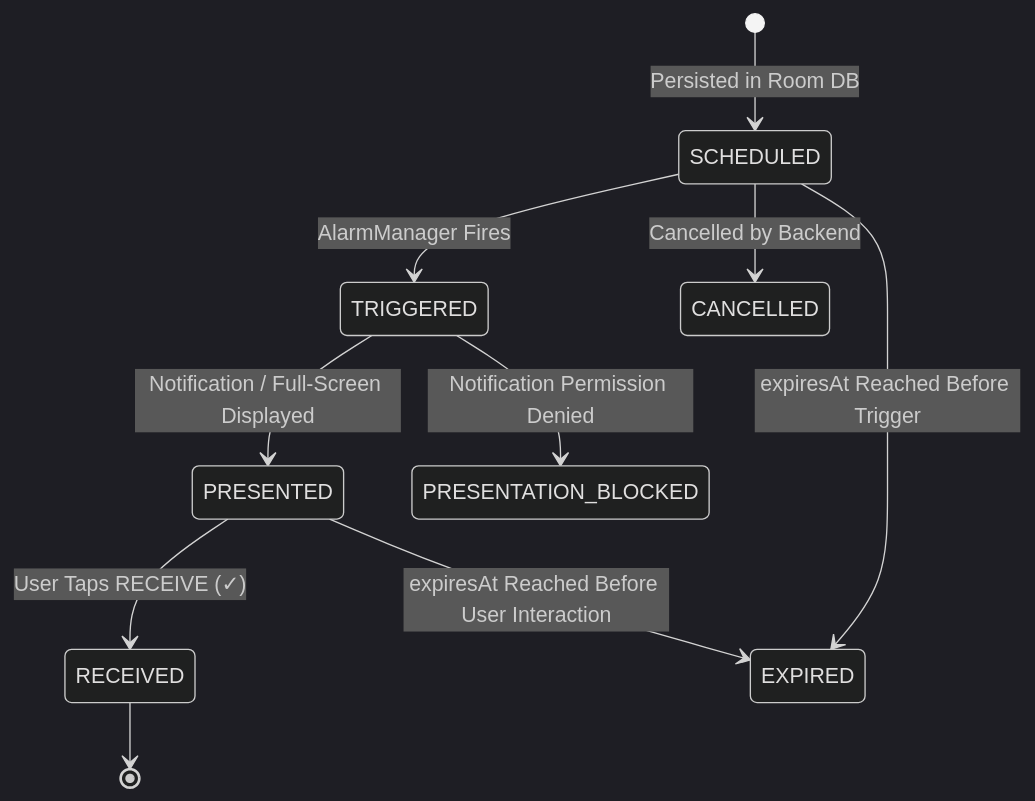
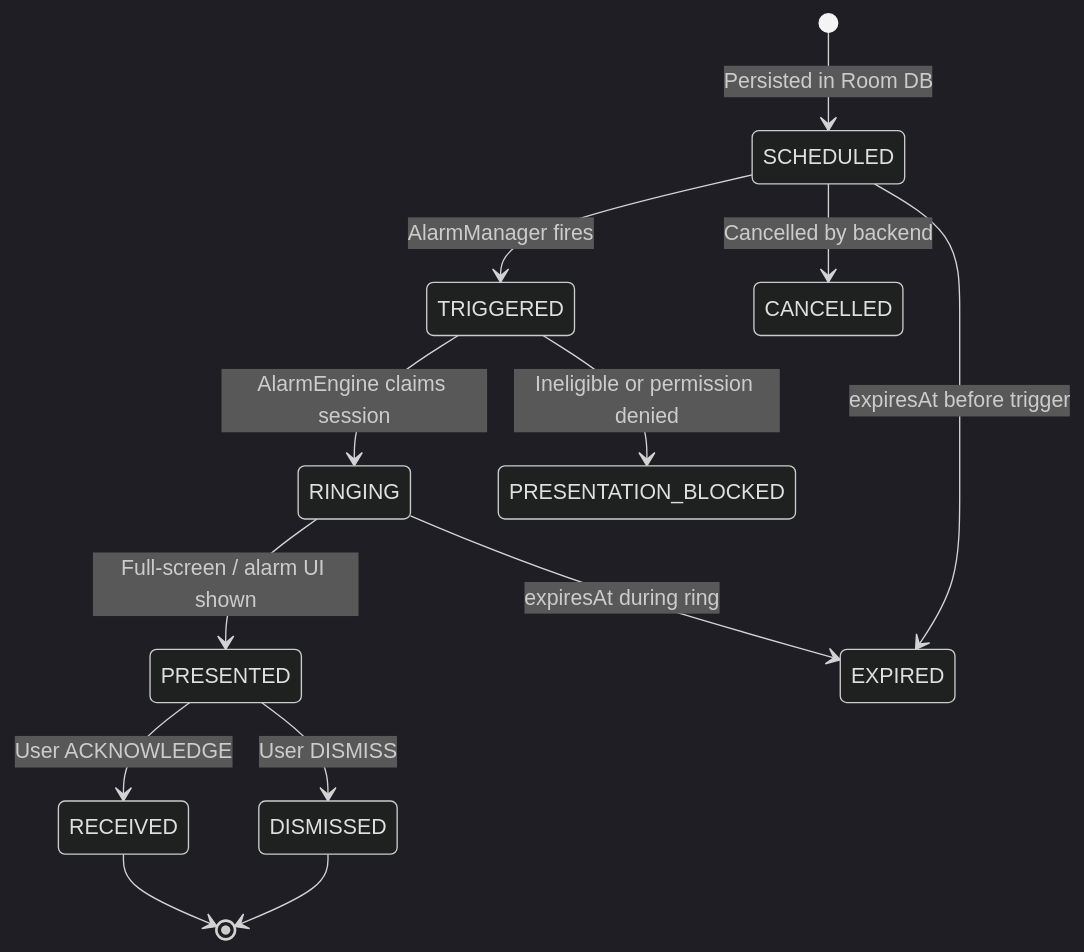
Before and after one commit to jasim-sct/web-builder-platform: the first of 2 diagrams in native-app/EVENT_STATE_MACHINE.md, drawn with Mermaid (dark theme). The commit also changed other lines of this file and 159 other files, not shown here.

````diff
--- a/native-app/EVENT_STATE_MACHINE.md
+++ b/native-app/EVENT_STATE_MACHINE.md
@@ -11,12 +11,15 @@
 ```mermaid
 stateDiagram-v2
     [*] --> SCHEDULED: Persisted in Room DB
-    SCHEDULED --> TRIGGERED: AlarmManager Fires
-    TRIGGERED --> PRESENTED: Notification / Full-Screen Displayed
-    TRIGGERED --> PRESENTATION_BLOCKED: Notification Permission Denied
-    PRESENTED --> RECEIVED: User Taps RECEIVE (✓)
-    SCHEDULED --> CANCELLED: Cancelled by Backend
-    SCHEDULED --> EXPIRED: expiresAt Reached Before Trigger
-    PRESENTED --> EXPIRED: expiresAt Reached Before User Interaction
+    SCHEDULED --> TRIGGERED: AlarmManager fires
+    TRIGGERED --> RINGING: AlarmEngine claims session
+    RINGING --> PRESENTED: Full-screen / alarm UI shown
+    TRIGGERED --> PRESENTATION_BLOCKED: Ineligible or permission denied
+    PRESENTED --> RECEIVED: User ACKNOWLEDGE
+    PRESENTED --> DISMISSED: User DISMISS
+    SCHEDULED --> CANCELLED: Cancelled by backend
+    SCHEDULED --> EXPIRED: expiresAt before trigger
+    RINGING --> EXPIRED: expiresAt during ring
     RECEIVED --> [*]
+    DISMISSED --> [*]
 ```
````
